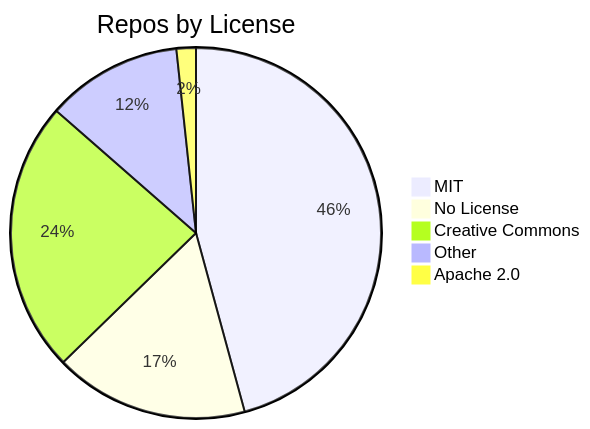
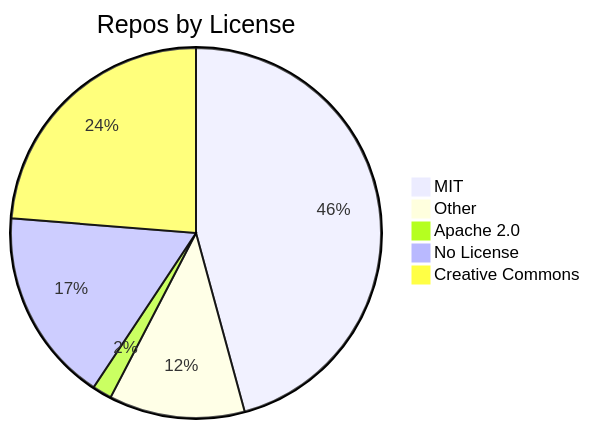
Before and after one commit to jpatterson933/awesome-mcp-server-repo-index: the diagram in README.md, drawn with Mermaid. The commit also changed other lines of this file and 7 other files, not shown here.

````diff
--- a/README.md
+++ b/README.md
@@ -31,8 +31,8 @@
 ```mermaid
 pie title Repos by License
     "MIT" : 27
+    "Other" : 7
+    "Apache 2.0" : 1
     "No License" : 10
     "Creative Commons" : 14
-    "Other" : 7
-    "Apache 2.0" : 1
 ```
````
